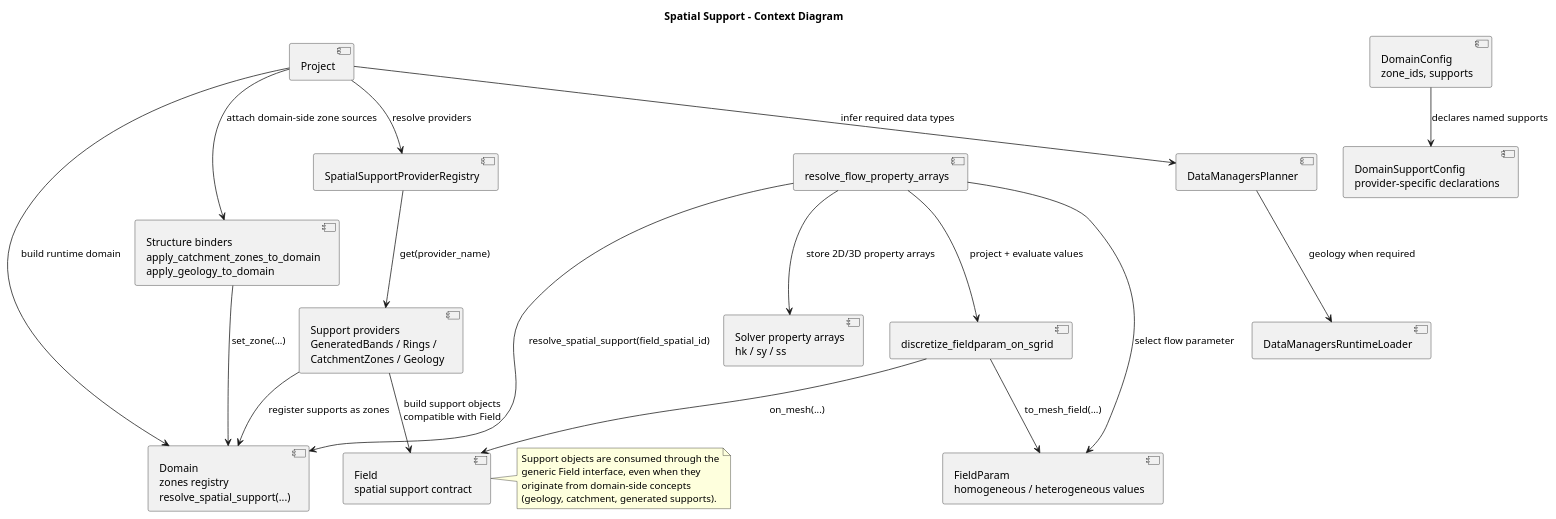
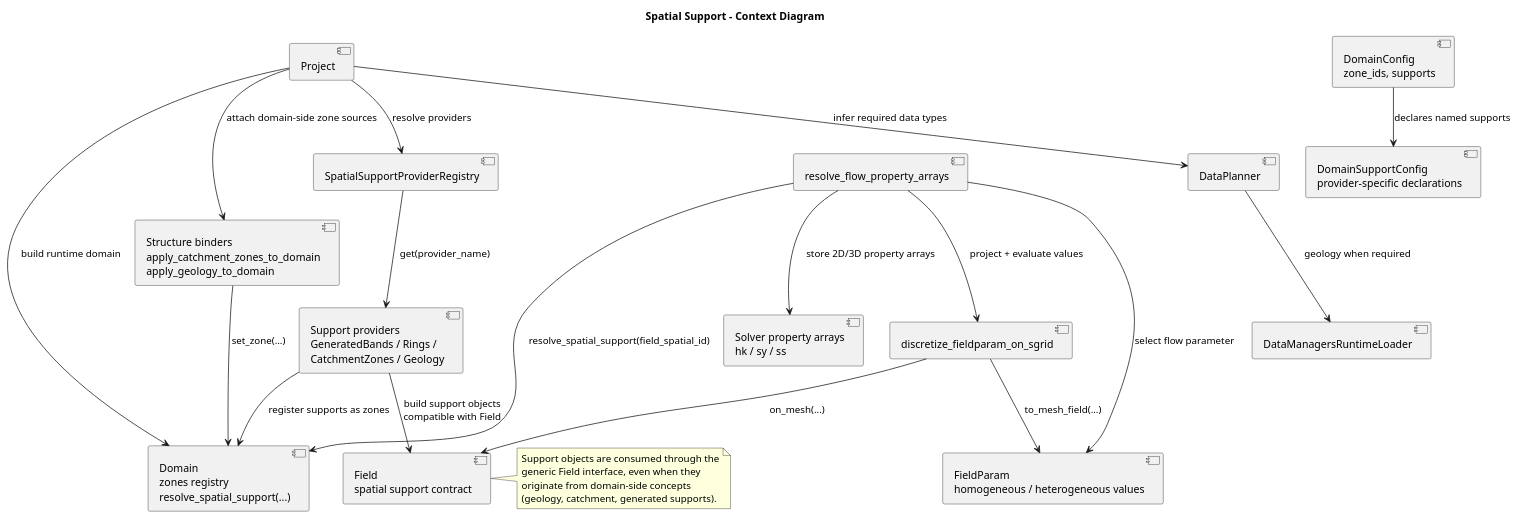
Before and after one commit to HydroModPy/HydroModPy: the diagram in docs/source/architecture/spatial_support/diagrams/spatial_support_context.wsd, drawn with PlantUML. The commit also changed 7 other files, not shown here.

Commit message:
[docs] - clean architecture pipeline ghost and DataManagersPlanner references

```diff
--- a/docs/source/architecture/spatial_support/diagrams/spatial_support_context.wsd
+++ b/docs/source/architecture/spatial_support/diagrams/spatial_support_context.wsd
@@ -1,43 +1,43 @@
 @startuml
 title Spatial Support - Context Diagram
 
 component "DomainConfig\nzone_ids, supports" as DomainConfig
 component "DomainSupportConfig\nprovider-specific declarations" as SupportConfig
 component "Project" as Project
-component "DataManagersPlanner" as Planner
+component "DataPlanner" as Planner
 component "DataManagersRuntimeLoader" as Loader
 component "Structure binders\napply_catchment_zones_to_domain\napply_geology_to_domain" as Binders
 component "Domain\nzones registry\nresolve_spatial_support(...)" as Domain
 component "SpatialSupportProviderRegistry" as Registry
 component "Support providers\nGeneratedBands / Rings /\nCatchmentZones / Geology" as Providers
 component "Field\nspatial support contract" as Field
 component "FieldParam\nhomogeneous / heterogeneous values" as FieldParam
 component "discretize_fieldparam_on_sgrid" as Discretizer
 component "resolve_flow_property_arrays" as PropertyMapping
 component "Solver property arrays\nhk / sy / ss" as SolverArrays
 
 DomainConfig --> SupportConfig : declares named supports
 Project --> Planner : infer required data types
 Planner --> Loader : geology when required
 Project --> Domain : build runtime domain
 Project --> Binders : attach domain-side zone sources
 Binders --> Domain : set_zone(...)
 Project --> Registry : resolve providers
 Registry --> Providers : get(provider_name)
 Providers --> Field : build support objects\ncompatible with Field
 Providers --> Domain : register supports as zones
 PropertyMapping --> FieldParam : select flow parameter
 PropertyMapping --> Domain : resolve_spatial_support(field_spatial_id)
 PropertyMapping --> Discretizer : project + evaluate values
 Discretizer --> Field : on_mesh(...)
 Discretizer --> FieldParam : to_mesh_field(...)
 PropertyMapping --> SolverArrays : store 2D/3D property arrays
 
 note right of Field
 Support objects are consumed through the
 generic Field interface, even when they
 originate from domain-side concepts
 (geology, catchment, generated supports).
 end note
 
 @enduml
```
